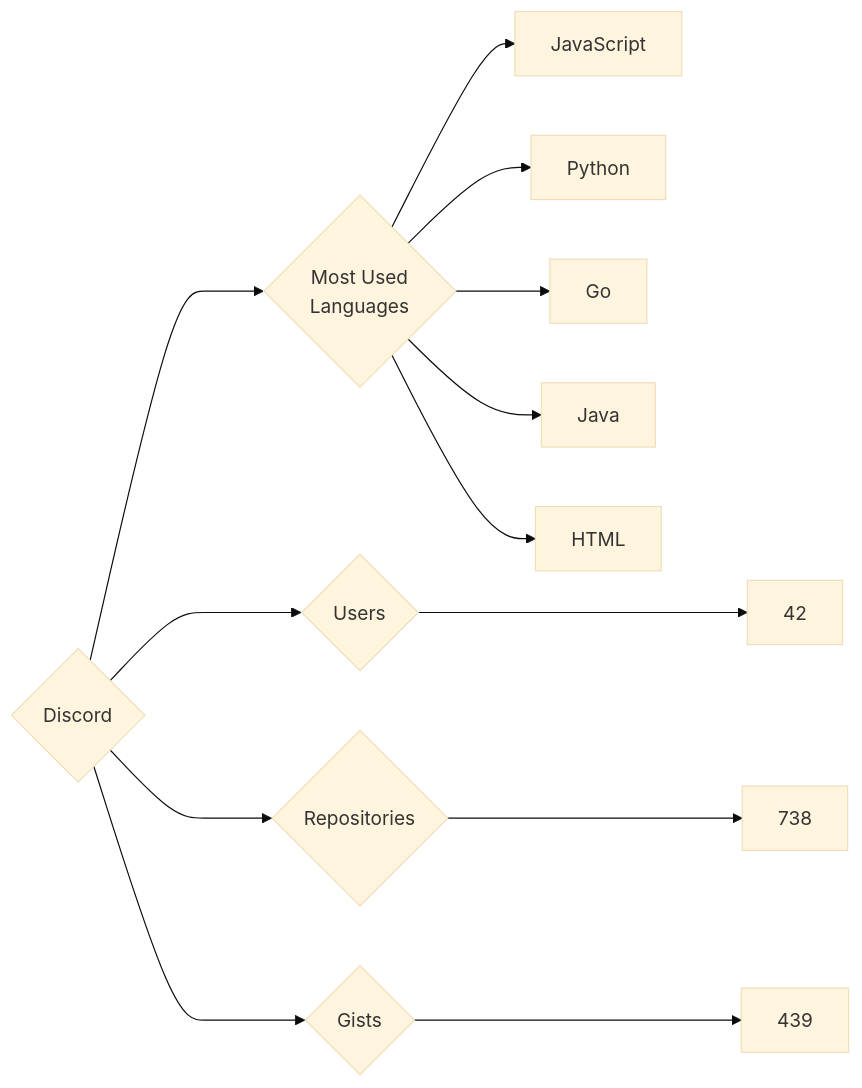
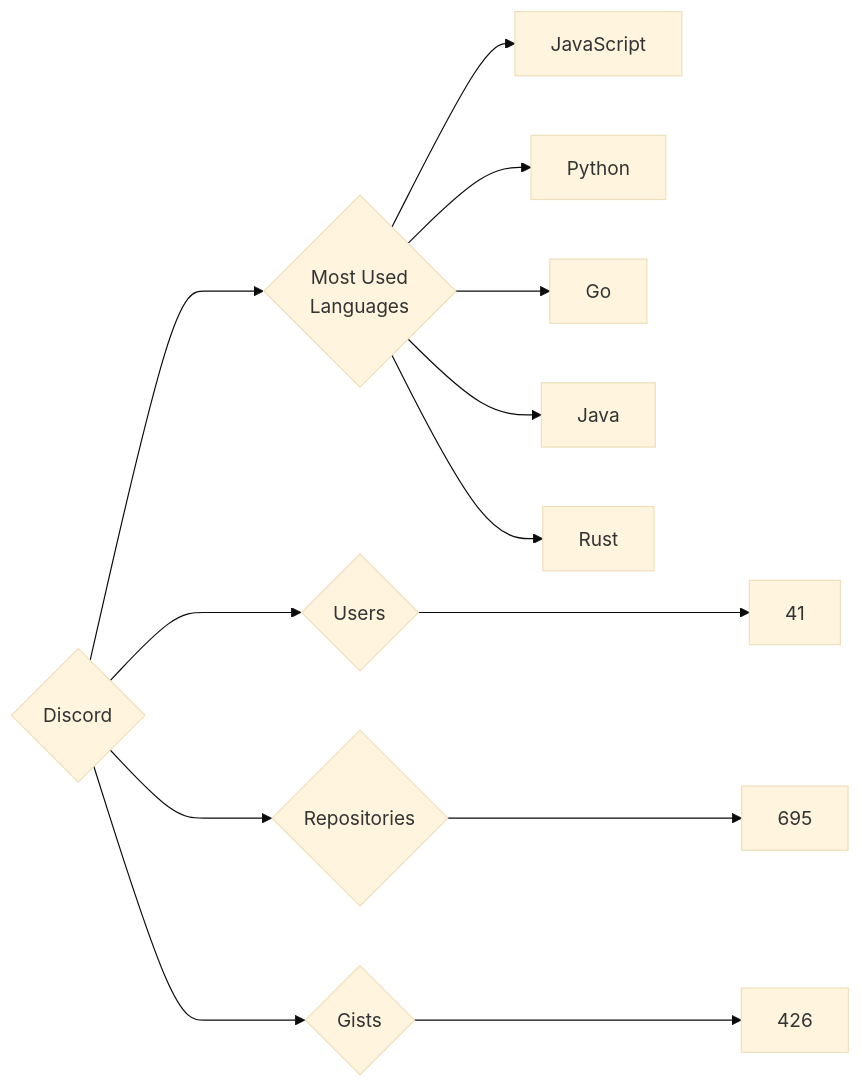
The diagram in targets/Discord/README.md (trickest/insiders), drawn with Mermaid (base theme) before and after one commit. The commit also changed 1030 other files, not shown here.

````diff
--- a/targets/Discord/README.md
+++ b/targets/Discord/README.md
@@ -3,13 +3,13 @@
 ```mermaid
 graph LR
 COMPANY_NAME{Discord}
-COMPANY_NAME ---> U{Users} ---> UN[42]
-COMPANY_NAME ---> R{Repositories} ---> RN[738]
-COMPANY_NAME ---> G{Gists} ---> GN[439]
+COMPANY_NAME ---> U{Users} ---> UN[41]
+COMPANY_NAME ---> R{Repositories} ---> RN[695]
+COMPANY_NAME ---> G{Gists} ---> GN[426]
 COMPANY_NAME ---> ML{Most Used<br>Languages}
 ML --> JavaScript[JavaScript]
 ML --> Python[Python]
 ML --> Go[Go]
 ML --> Java[Java]
-ML --> HTML[HTML]
+ML --> Rust[Rust]
 ```
````
